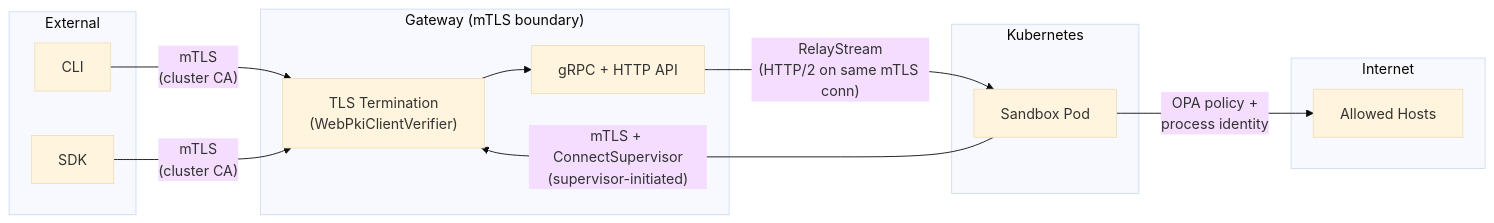
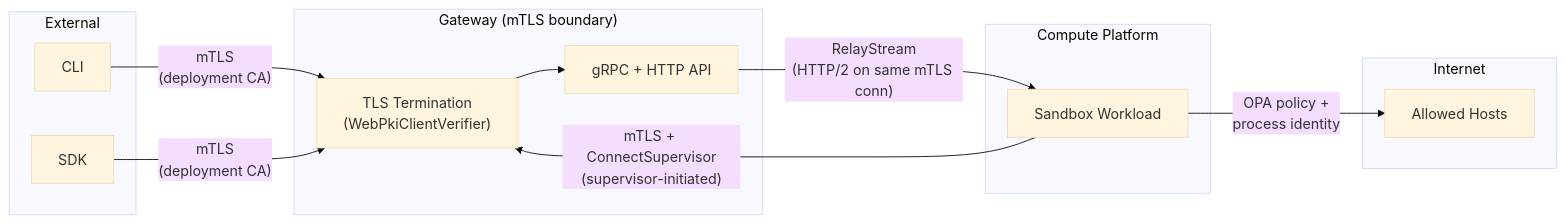
The third of 3 diagrams in architecture/gateway-security.md (st-gr/OpenShell), drawn with Mermaid (base theme) before and after one commit. The commit also changed other lines of this file and 41 other files, not shown here.

Commit message:
docs: update gateway deployment architecture (#1108)

````diff
--- a/architecture/gateway-security.md
+++ b/architecture/gateway-security.md
@@ -315,27 +302,27 @@
 ```mermaid
 graph LR
     subgraph EXTERNAL["External"]
         CLI["CLI"]
         SDK["SDK"]
     end
 
     subgraph GW["Gateway (mTLS boundary)"]
         TLS["TLS Termination<br/>(WebPkiClientVerifier)"]
         API["gRPC + HTTP API"]
     end
 
-    subgraph KUBE["Kubernetes"]
-        SBX["Sandbox Pod"]
+    subgraph PLATFORM["Compute Platform"]
+        SBX["Sandbox Workload"]
     end
 
     subgraph INET["Internet"]
         HOSTS["Allowed Hosts"]
     end
 
-    CLI -- "mTLS<br/>(cluster CA)" --> TLS
-    SDK -- "mTLS<br/>(cluster CA)" --> TLS
+    CLI -- "mTLS<br/>(deployment CA)" --> TLS
+    SDK -- "mTLS<br/>(deployment CA)" --> TLS
     TLS --> API
     SBX -- "mTLS + ConnectSupervisor<br/>(supervisor-initiated)" --> TLS
     API -- "RelayStream<br/>(HTTP/2 on same mTLS conn)" --> SBX
     SBX -- "OPA policy +<br/>process identity" --> HOSTS
 ```
````
